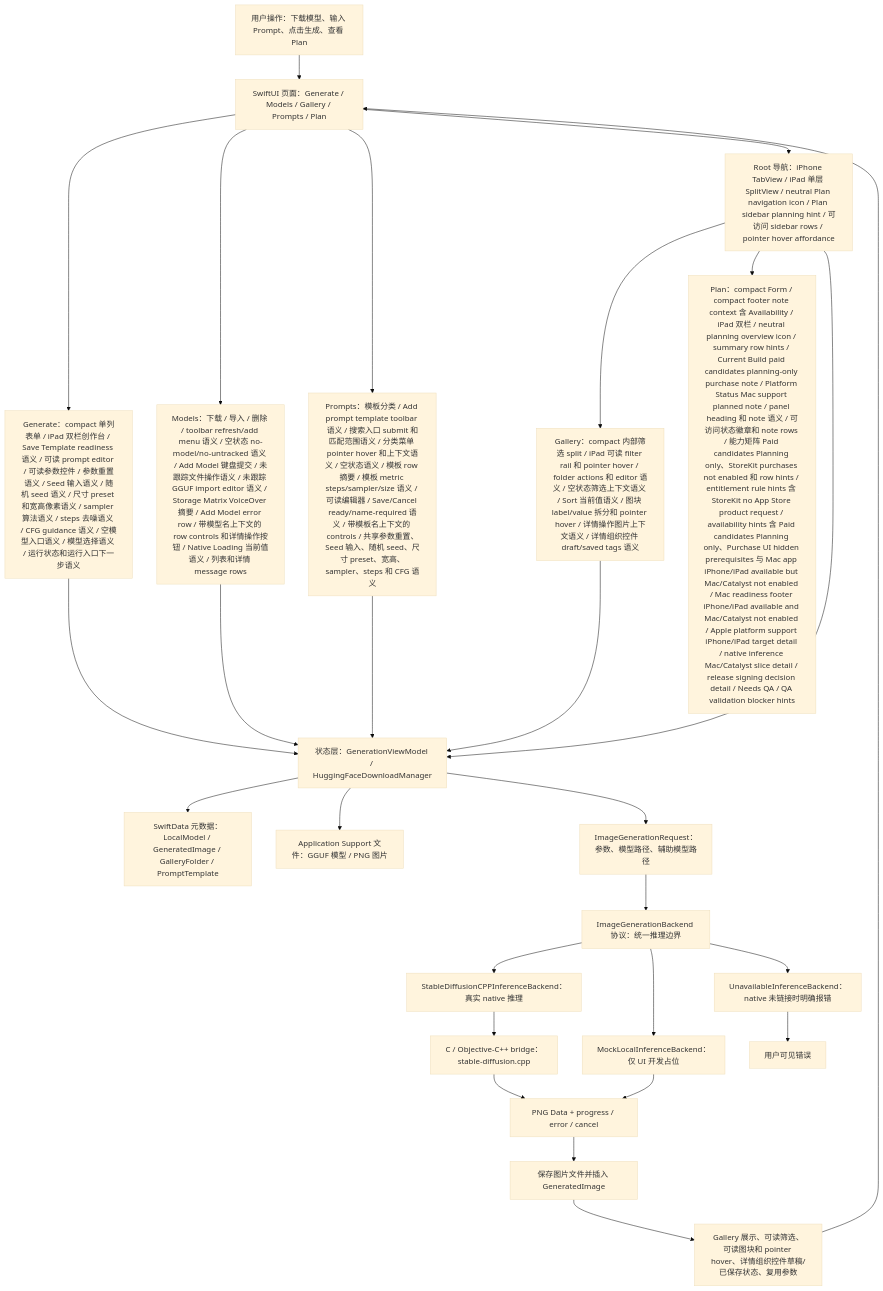
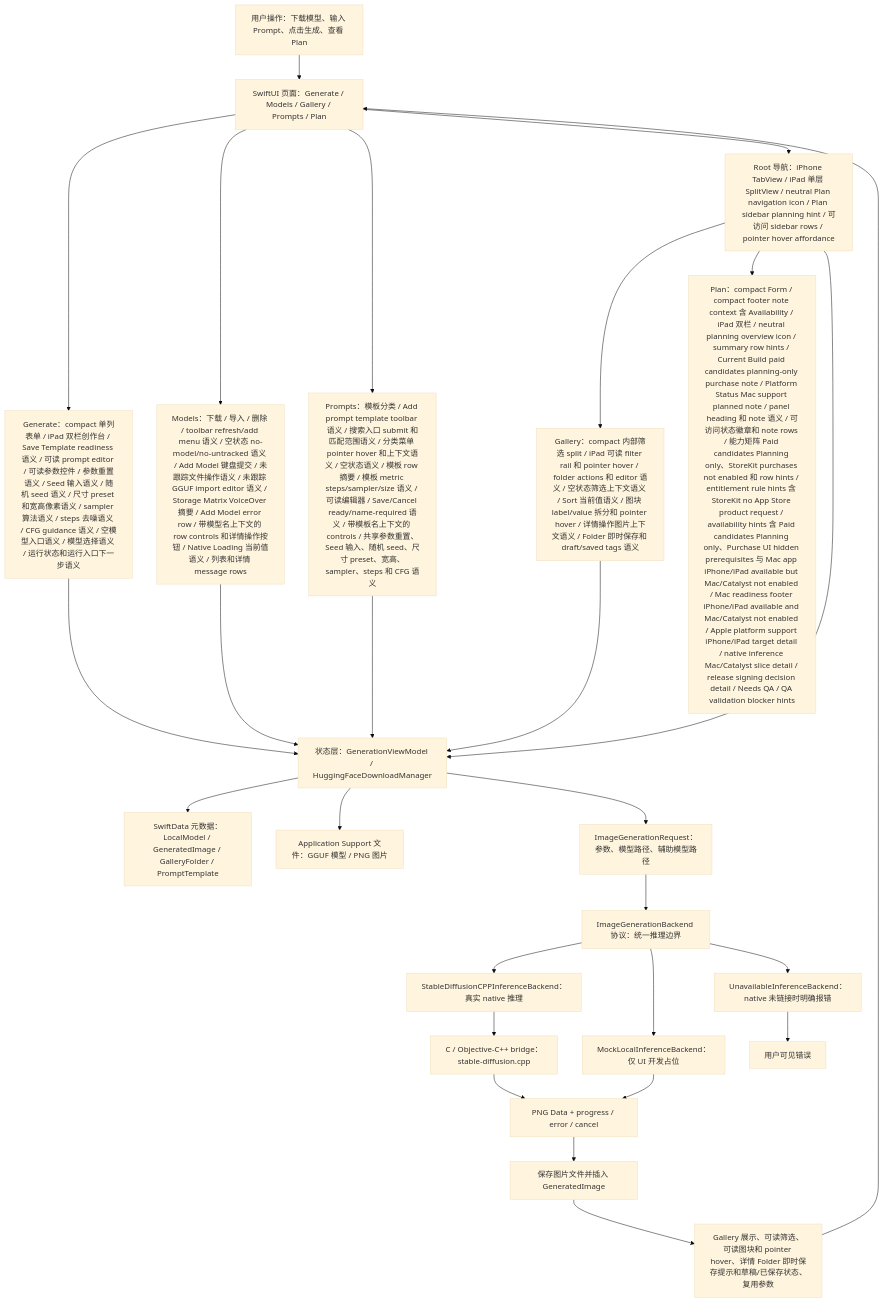
One commit to Altman-sam114/118 changed the first of 7 diagrams in md/flow/flowchart.md. Above: the diagram before and after it, drawn with Mermaid (base theme). The commit also changed 5 other files, not shown here.

First line of the commit message:
v1.93: Gallery folder save hint

````diff
--- a/md/flow/flowchart.md
+++ b/md/flow/flowchart.md
@@ -9,29 +9,29 @@
 ```mermaid
 flowchart TD
   U["用户操作：下载模型、输入 Prompt、点击生成、查看 Plan"] --> UI["SwiftUI 页面：Generate / Models / Gallery / Prompts / Plan"]
   UI --> GENUI["Generate：compact 单列表单 / iPad 双栏创作台 / Save Template readiness 语义 / 可读 prompt editor / 可读参数控件 / 参数重置语义 / Seed 输入语义 / 随机 seed 语义 / 尺寸 preset 和宽高像素语义 / sampler 算法语义 / steps 去噪语义 / CFG guidance 语义 / 空模型入口语义 / 模型选择语义 / 运行状态和运行入口下一步语义"]
   UI --> MODELUI["Models：下载 / 导入 / 删除 / toolbar refresh/add menu 语义 / 空状态 no-model/no-untracked 语义 / Add Model 键盘提交 / 未跟踪文件操作语义 / 未跟踪 GGUF import editor 语义 / Storage Matrix VoiceOver 摘要 / Add Model error row / 带模型名上下文的 row controls 和详情操作按钮 / Native Loading 当前值语义 / 列表和详情 message rows"]
   UI --> PROMPTUI["Prompts：模板分类 / Add prompt template toolbar 语义 / 搜索入口 submit 和匹配范围语义 / 分类菜单 pointer hover 和上下文语义 / 空状态语义 / 模板 row 摘要 / 模板 metric steps/sampler/size 语义 / 可读编辑器 / Save/Cancel ready/name-required 语义 / 带模板名上下文的 controls / 共享参数重置、Seed 输入、随机 seed、尺寸 preset、宽高、sampler、steps 和 CFG 语义"]
   UI --> NAV["Root 导航：iPhone TabView / iPad 单层 SplitView / neutral Plan navigation icon / Plan sidebar planning hint / 可访问 sidebar rows / pointer hover affordance"]
-  NAV --> GALUI["Gallery：compact 内部筛选 split / iPad 可读 filter rail 和 pointer hover / folder actions 和 editor 语义 / 空状态筛选上下文语义 / Sort 当前值语义 / 图块 label/value 拆分和 pointer hover / 详情操作图片上下文语义 / 详情组织控件 draft/saved tags 语义"]
+  NAV --> GALUI["Gallery：compact 内部筛选 split / iPad 可读 filter rail 和 pointer hover / folder actions 和 editor 语义 / 空状态筛选上下文语义 / Sort 当前值语义 / 图块 label/value 拆分和 pointer hover / 详情操作图片上下文语义 / Folder 即时保存和 draft/saved tags 语义"]
   NAV --> PLANUI["Plan：compact Form / compact footer note context 含 Availability / iPad 双栏 / neutral planning overview icon / summary row hints / Current Build paid candidates planning-only purchase note / Platform Status Mac support planned note / panel heading 和 note 语义 / 可访问状态徽章和 note rows / 能力矩阵 Paid candidates Planning only、StoreKit purchases not enabled 和 row hints / entitlement rule hints 含 StoreKit no App Store product request / availability hints 含 Paid candidates Planning only、Purchase UI hidden prerequisites 与 Mac app iPhone/iPad available but Mac/Catalyst not enabled / Mac readiness footer iPhone/iPad available and Mac/Catalyst not enabled / Apple platform support iPhone/iPad target detail / native inference Mac/Catalyst slice detail / release signing decision detail / Needs QA / QA validation blocker hints"]
   NAV --> VM["状态层：GenerationViewModel / HuggingFaceDownloadManager"]
   GENUI --> VM
   MODELUI --> VM
   PROMPTUI --> VM
   GALUI --> VM
   VM --> SD["SwiftData 元数据：LocalModel / GeneratedImage / GalleryFolder / PromptTemplate"]
   VM --> FS["Application Support 文件：GGUF 模型 / PNG 图片"]
   VM --> REQ["ImageGenerationRequest：参数、模型路径、辅助模型路径"]
   REQ --> IFACE["ImageGenerationBackend 协议：统一推理边界"]
   IFACE --> NATIVE["StableDiffusionCPPInferenceBackend：真实 native 推理"]
   IFACE --> MOCK["MockLocalInferenceBackend：仅 UI 开发占位"]
   IFACE --> OFF["UnavailableInferenceBackend：native 未链接时明确报错"]
   NATIVE --> BRIDGE["C / Objective-C++ bridge：stable-diffusion.cpp"]
   BRIDGE --> PNG["PNG Data + progress / error / cancel"]
   MOCK --> PNG
   OFF --> ERR["用户可见错误"]
   PNG --> SAVE["保存图片文件并插入 GeneratedImage"]
-  SAVE --> GALLERY["Gallery 展示、可读筛选、可读图块和 pointer hover、详情组织控件草稿/已保存状态、复用参数"]
+  SAVE --> GALLERY["Gallery 展示、可读筛选、可读图块和 pointer hover、详情 Folder 即时保存提示和草稿/已保存状态、复用参数"]
   GALLERY --> UI
 ```
````
